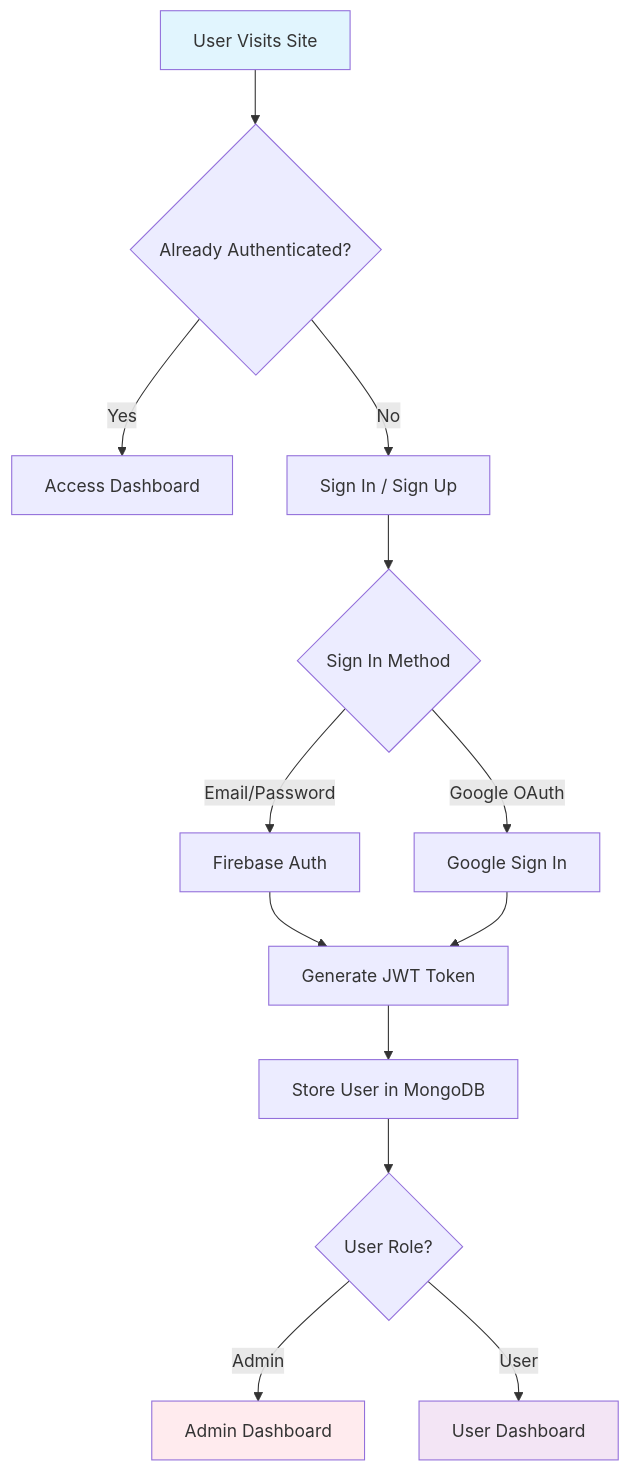
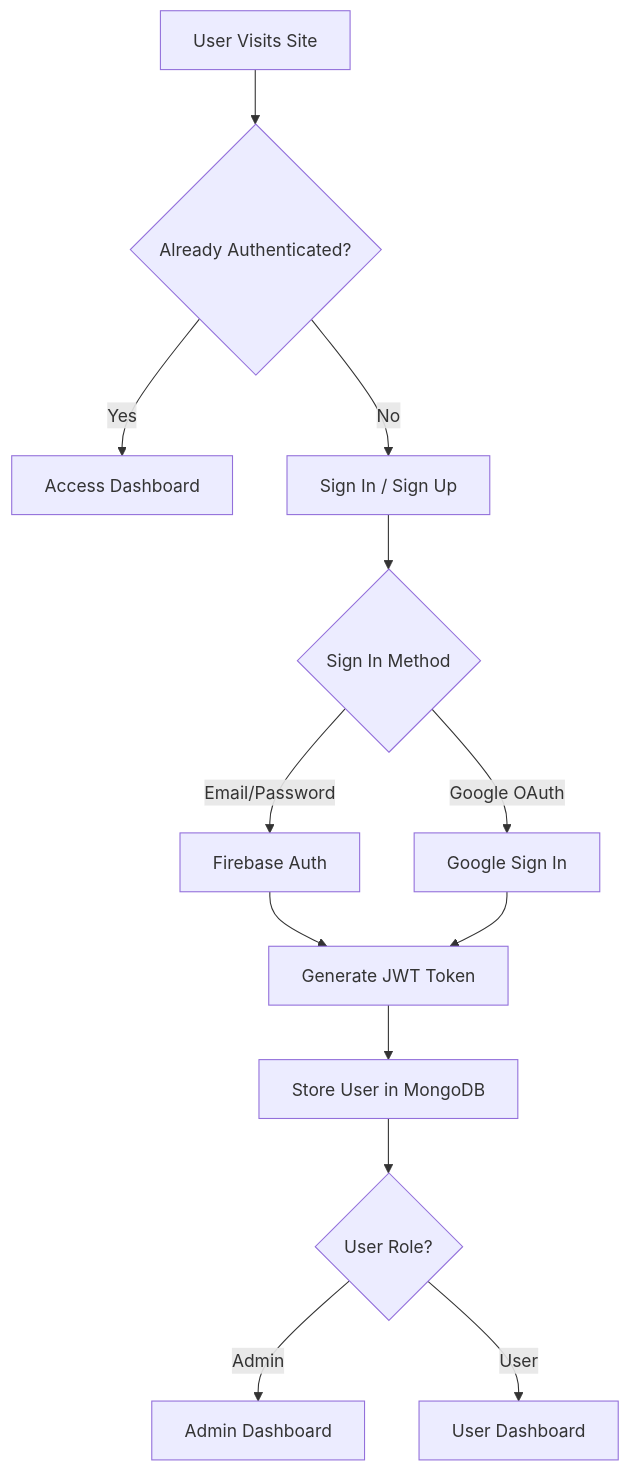
One commit to choksi2212/blog-vibe changed the fourth of 9 diagrams in README.md. Above: the diagram before and after it, drawn with Mermaid. The commit also changed other lines of this file, not shown here.

````diff
--- a/README.md
+++ b/README.md
@@ -422,22 +417,18 @@
 ```mermaid
 flowchart TD
     A[User Visits Site] --> B{Already Authenticated?}
     B -->|Yes| C[Access Dashboard]
     B -->|No| D[Sign In / Sign Up]
     
     D --> E{Sign In Method}
     E -->|Email/Password| F[Firebase Auth]
     E -->|Google OAuth| G[Google Sign In]
     
     F --> H[Generate JWT Token]
     G --> H
     
     H --> I[Store User in MongoDB]
     I --> J{User Role?}
     J -->|Admin| K[Admin Dashboard]
     J -->|User| L[User Dashboard]
-    
-    style A fill:#e1f5fe
-    style K fill:#ffebee
-    style L fill:#f3e5f5
 ```
````
